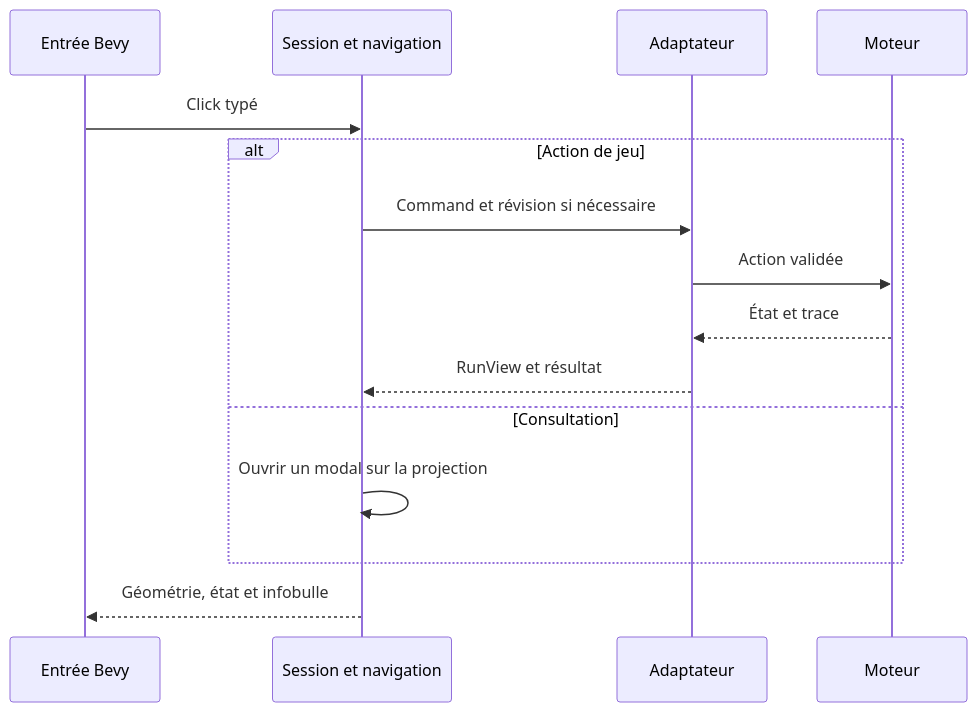
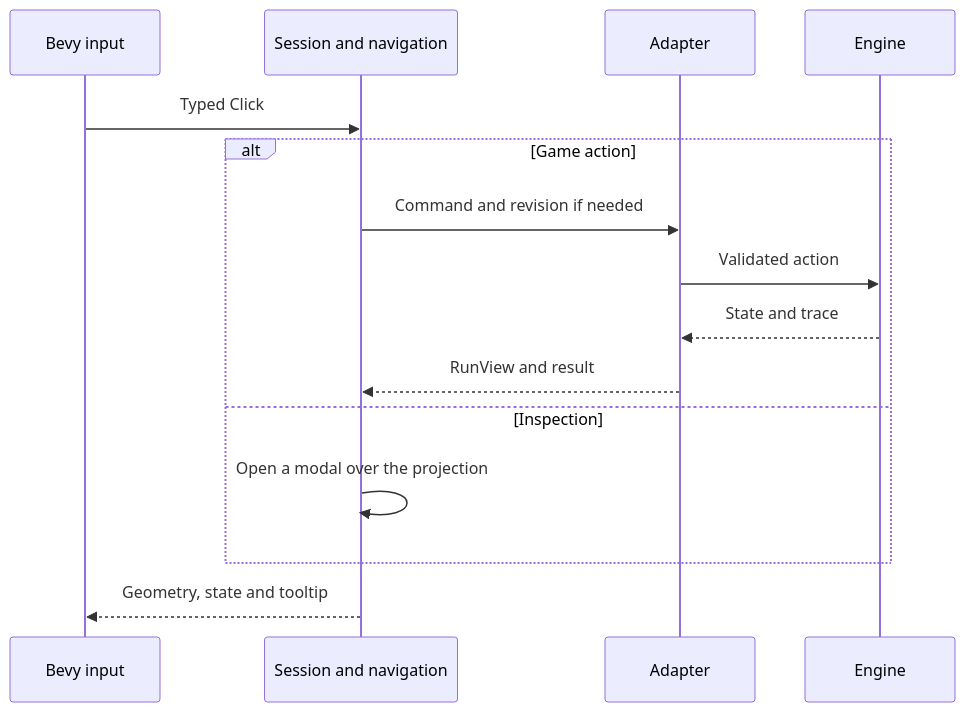
The second of 2 diagrams in docs/UI_BEVY_GUIDE.md (Azuuryy/ante), drawn with Mermaid before and after one commit. The commit also changed other lines of this file and 8 other files, not shown here.

````diff
--- a/docs/UI_BEVY_GUIDE.md
+++ b/docs/UI_BEVY_GUIDE.md
@@ -18,17 +18,17 @@
 ```mermaid
 sequenceDiagram
-    participant Input as Entrée Bevy
-    participant UI as Session et navigation
-    participant M as Adaptateur
-    participant E as Moteur
-    Input->>UI: Click typé
-    alt Action de jeu
-        UI->>M: Command et révision si nécessaire
-        M->>E: Action validée
-        E-->>M: État et trace
-        M-->>UI: RunView et résultat
-    else Consultation
-        UI->>UI: Ouvrir un modal sur la projection
+    participant Input as Bevy input
+    participant UI as Session and navigation
+    participant M as Adapter
+    participant E as Engine
+    Input->>UI: Typed Click
+    alt Game action
+        UI->>M: Command and revision if needed
+        M->>E: Validated action
+        E-->>M: State and trace
+        M-->>UI: RunView and result
+    else Inspection
+        UI->>UI: Open a modal over the projection
     end
-    UI-->>Input: Géométrie, état et infobulle
+    UI-->>Input: Geometry, state and tooltip
 ```
````
